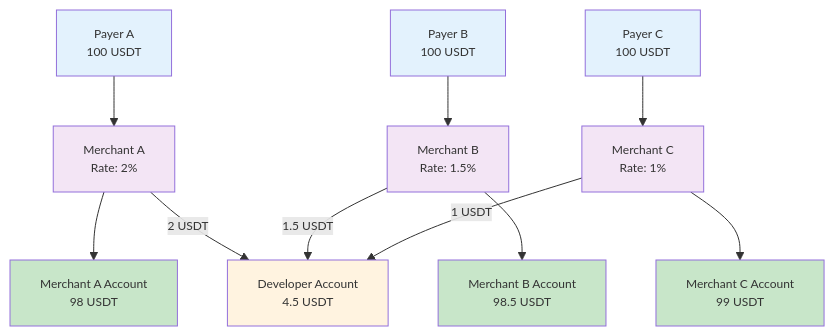
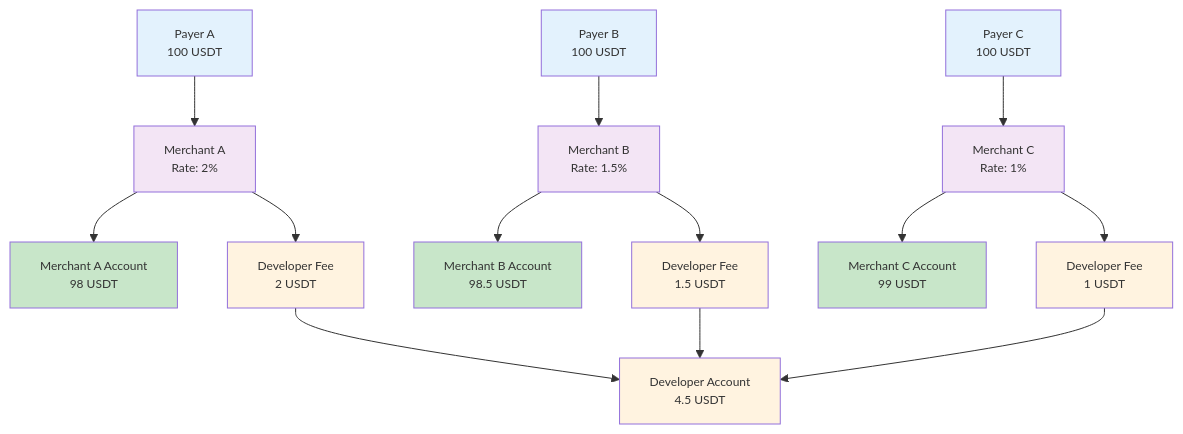
The first of 5 diagrams in payments/en/guides/amounts-and-balances.mdx (CoboGlobal/payments-manual), drawn with Mermaid before and after one commit. The commit also changed other lines of this file and 23 other files, not shown here.

````diff
--- a/payments/en/guides/amounts-and-balances.mdx
+++ b/payments/en/guides/amounts-and-balances.mdx
@@ -41,26 +34,34 @@
 ```mermaid
 %%{init: {'themeVariables': { 'fontSize': '12px'}}}%%
 graph TD
     A[Payer A<br/>100 USDT] --> B[Merchant A<br/>Rate: 2%]
     C[Payer B<br/>100 USDT] --> D[Merchant B<br/>Rate: 1.5%]
     E[Payer C<br/>100 USDT] --> F[Merchant C<br/>Rate: 1%]
     
     B --> G[Merchant A Account<br/>98 USDT]
+    B --> H[Developer Fee<br/>2 USDT]
+    
     D --> I[Merchant B Account<br/>98.5 USDT]
+    D --> J[Developer Fee<br/>1.5 USDT]
+    
     F --> K[Merchant C Account<br/>99 USDT]
+    F --> L[Developer Fee<br/>1 USDT]
     
-    B -->|2 USDT| M[Developer Account<br/>4.5 USDT]
-    D -->|1.5 USDT| M
-    F -->|1 USDT| M
+    H --> M[Developer Account<br/>4.5 USDT]
+    J --> M
+    L --> M
     
     style A fill:#e3f2fd
     style C fill:#e3f2fd
     style E fill:#e3f2fd
     style B fill:#f3e5f5
     style D fill:#f3e5f5
     style F fill:#f3e5f5
     style G fill:#c8e6c9
     style I fill:#c8e6c9
     style K fill:#c8e6c9
+    style H fill:#fff3e0
+    style J fill:#fff3e0
+    style L fill:#fff3e0
     style M fill:#fff3e0
 ```
````
